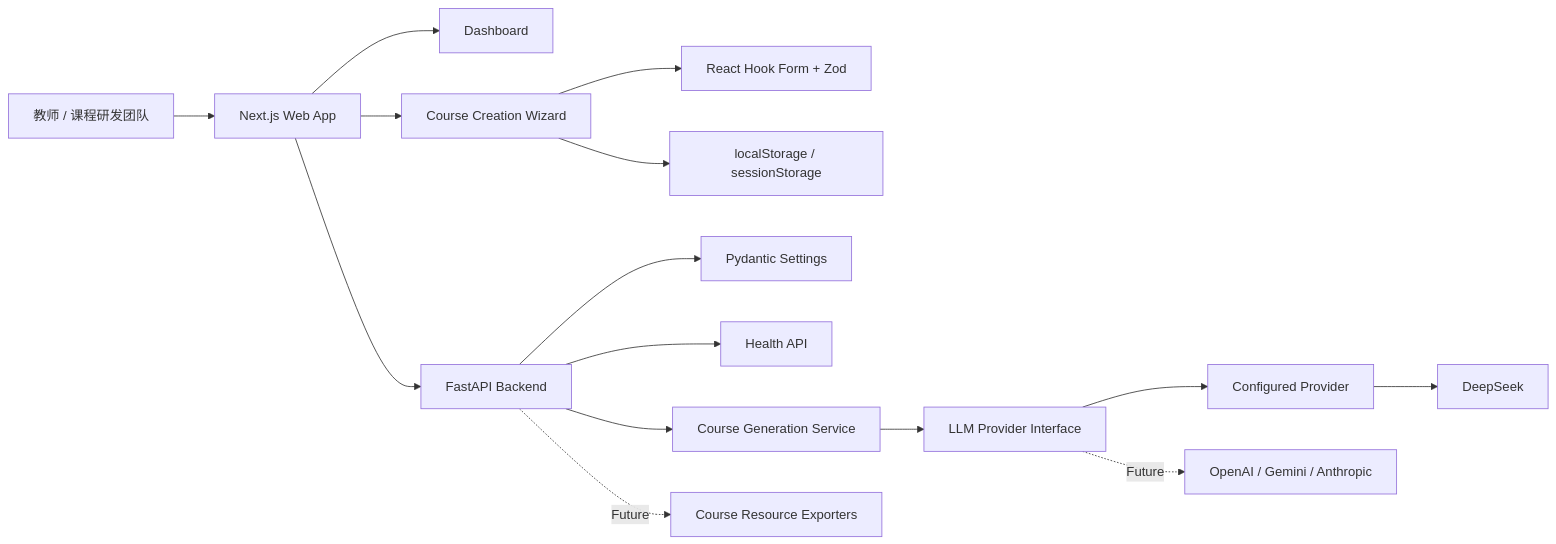
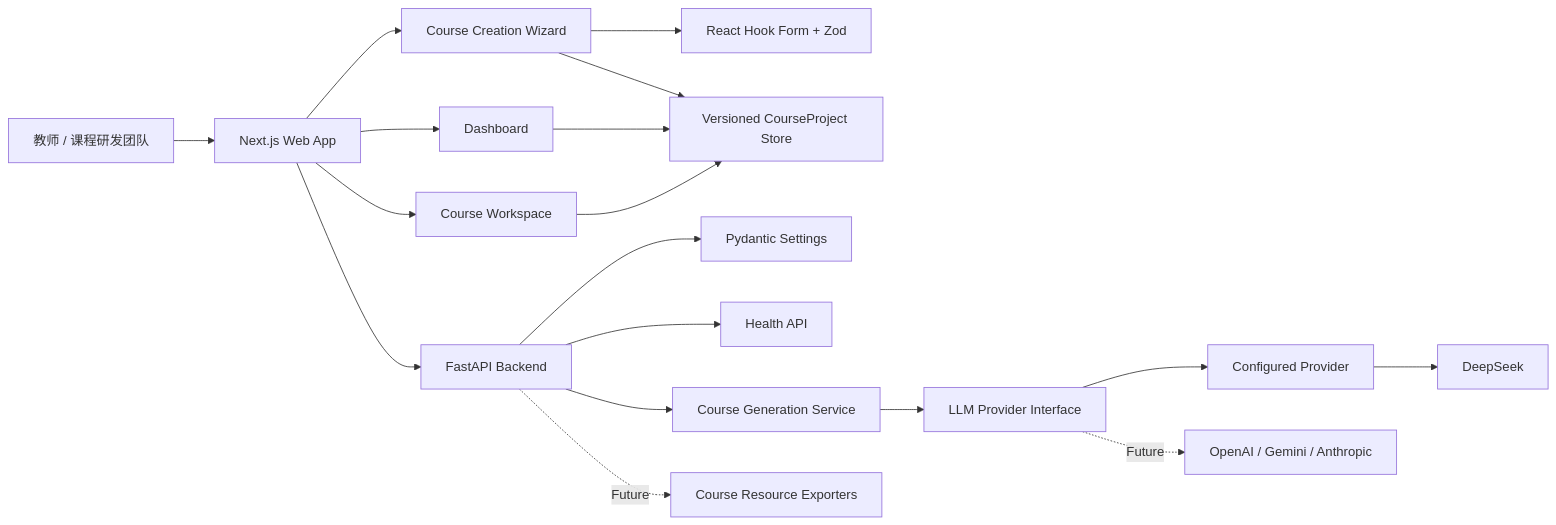
Before and after one commit to RyanBao9527/eduflow-ai: the diagram in README.md, drawn with Mermaid. The commit also changed other lines of this file, not shown here.

Commit message:
docs: document Sprint 4 course workspace

````diff
--- a/README.md
+++ b/README.md
@@ -59,17 +59,20 @@
 ```mermaid
 flowchart LR
     U["教师 / 课程研发团队"] --> W["Next.js Web App"]
     W --> D["Dashboard"]
     W --> C["Course Creation Wizard"]
+    W --> CW["Course Workspace"]
     C --> V["React Hook Form + Zod"]
-    C --> L["localStorage / sessionStorage"]
+    C --> L["Versioned CourseProject Store"]
+    D --> L
+    CW --> L
     W --> A["FastAPI Backend"]
     A --> P["Pydantic Settings"]
     A --> H["Health API"]
     A --> S["Course Generation Service"]
     S --> I["LLM Provider Interface"]
     I --> M["Configured Provider"]
     M --> DS["DeepSeek"]
     I -. "Future" .-> O["OpenAI / Gemini / Anthropic"]
     A -. "Future" .-> E["Course Resource Exporters"]
 ```
````
